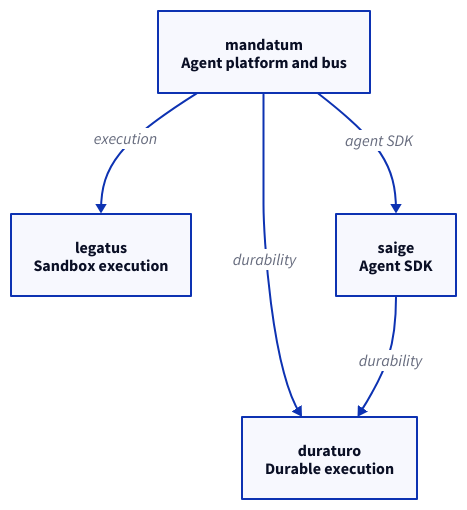
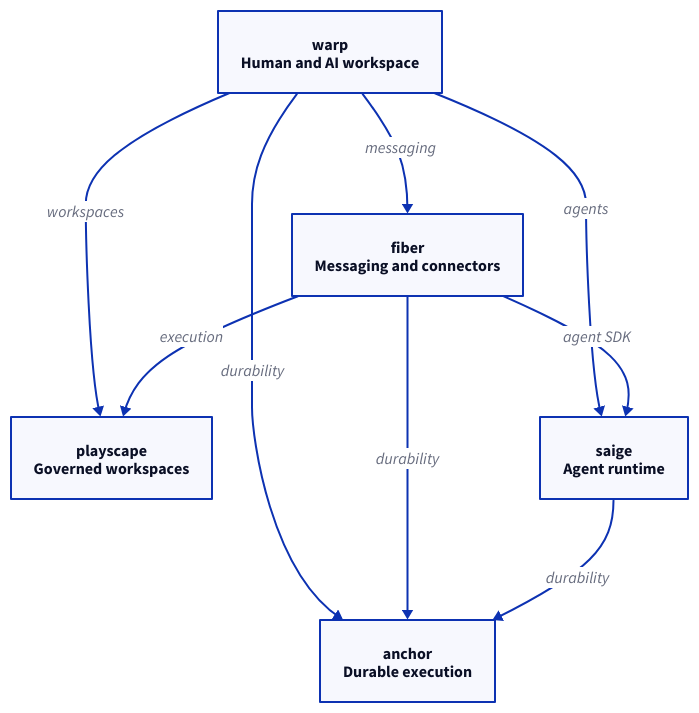
One commit to urmzd/urmzd changed the diagram in assets/stack.d2. Above: the diagram before and after it, drawn with D2. The commit also changed 12 other files, not shown here.

```diff
--- a/assets/stack.d2
+++ b/assets/stack.d2
@@ -1,10 +1,15 @@
 # Generated from profile.toml. Do not edit by hand.
 direction: down
-mandatum: "mandatum\nAgent platform and bus" {class: project}
-legatus: "legatus\nSandbox execution" {class: project}
-saige: "saige\nAgent SDK" {class: project}
-duraturo: "duraturo\nDurable execution" {class: project}
-mandatum -> legatus: "execution" {class: dependency}
-mandatum -> saige: "agent SDK" {class: dependency}
-mandatum -> duraturo: "durability" {class: dependency}
-saige -> duraturo: "durability" {class: dependency}
+warp: "warp\nHuman and AI workspace" {class: project}
+fiber: "fiber\nMessaging and connectors" {class: project}
+playscape: "playscape\nGoverned workspaces" {class: project}
+saige: "saige\nAgent runtime" {class: project}
+anchor: "anchor\nDurable execution" {class: project}
+warp -> fiber: "messaging" {class: dependency}
+warp -> saige: "agents" {class: dependency}
+warp -> playscape: "workspaces" {class: dependency}
+warp -> anchor: "durability" {class: dependency}
+fiber -> playscape: "execution" {class: dependency}
+fiber -> saige: "agent SDK" {class: dependency}
+fiber -> anchor: "durability" {class: dependency}
+saige -> anchor: "durability" {class: dependency}
```
